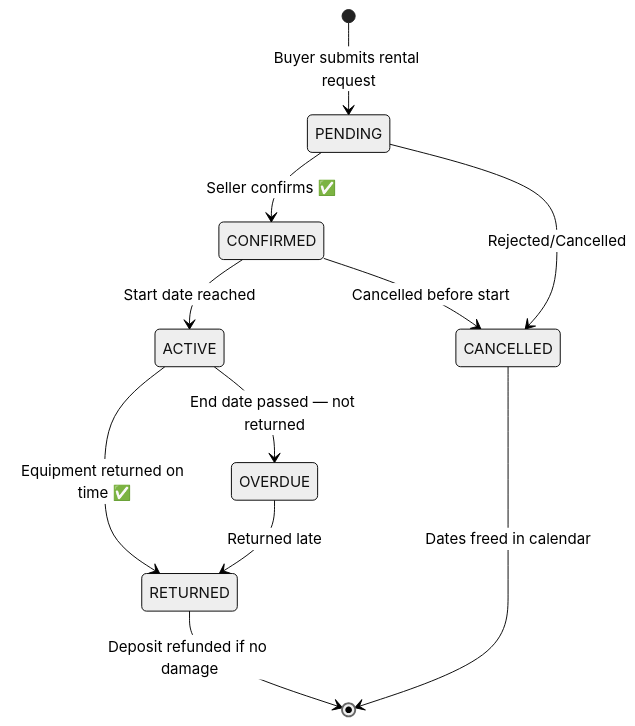
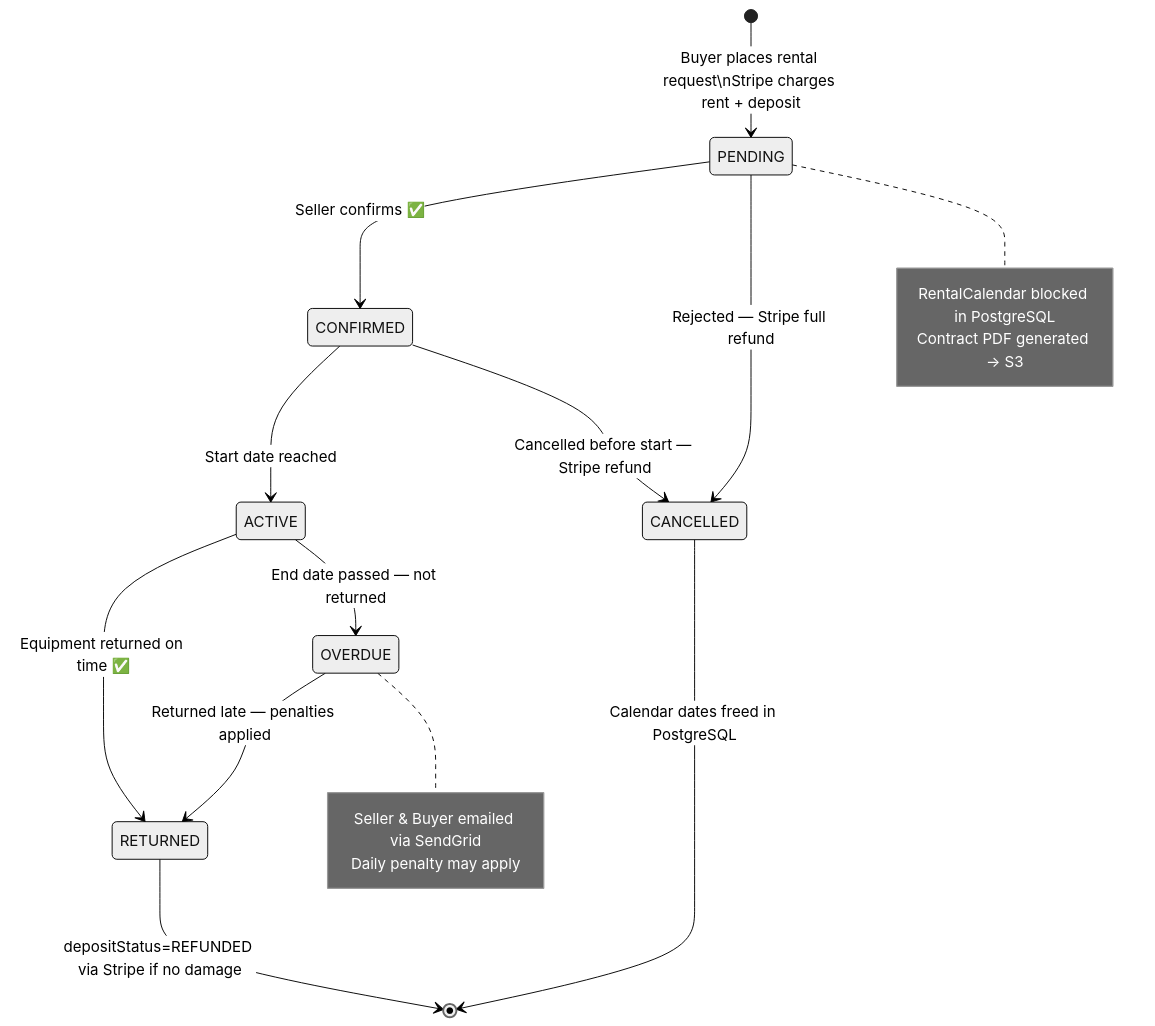
The sixth of 10 diagrams in diagrams/03_state_machine_diagram.md (tayeb736/prohect12), drawn with Mermaid (neutral theme) before and after one commit. The commit also changed other lines of this file and 7 other files, not shown here.

Commit message:
docs: update all UML diagrams — add PostgreSQL, Redis, S3, Stripe, SendGrid, KYC, Swagger per readme2 & README3

````diff
--- a/diagrams/03_state_machine_diagram.md
+++ b/diagrams/03_state_machine_diagram.md
@@ -75,14 +120,22 @@
 ```mermaid
 stateDiagram-v2
   direction TB
-  [*] --> PENDING : Buyer submits rental request
+  [*] --> PENDING : Buyer places rental request\nStripe charges rent + deposit
   PENDING --> CONFIRMED : Seller confirms ✅
-  PENDING --> CANCELLED : Rejected/Cancelled
+  PENDING --> CANCELLED : Rejected — Stripe full refund
   CONFIRMED --> ACTIVE : Start date reached
-  CONFIRMED --> CANCELLED : Cancelled before start
+  CONFIRMED --> CANCELLED : Cancelled before start — Stripe refund
   ACTIVE --> RETURNED : Equipment returned on time ✅
   ACTIVE --> OVERDUE : End date passed — not returned
-  OVERDUE --> RETURNED : Returned late
-  RETURNED --> [*] : Deposit refunded if no damage
-  CANCELLED --> [*] : Dates freed in calendar
+  OVERDUE --> RETURNED : Returned late — penalties applied
+  RETURNED --> [*] : depositStatus=REFUNDED via Stripe if no damage
+  CANCELLED --> [*] : Calendar dates freed in PostgreSQL
+  note right of PENDING
+    RentalCalendar blocked in PostgreSQL
+    Contract PDF generated → S3
+  end note
+  note right of OVERDUE
+    Seller & Buyer emailed via SendGrid
+    Daily penalty may apply
+  end note
 ```
````
